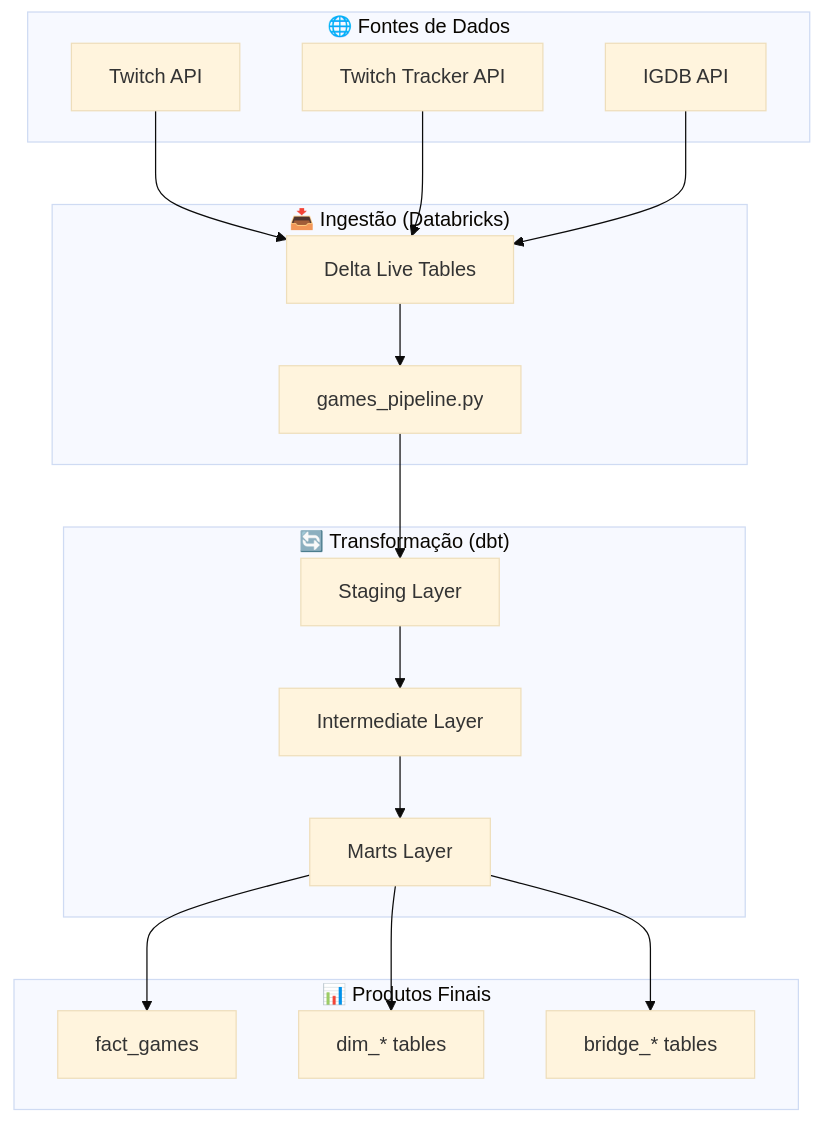
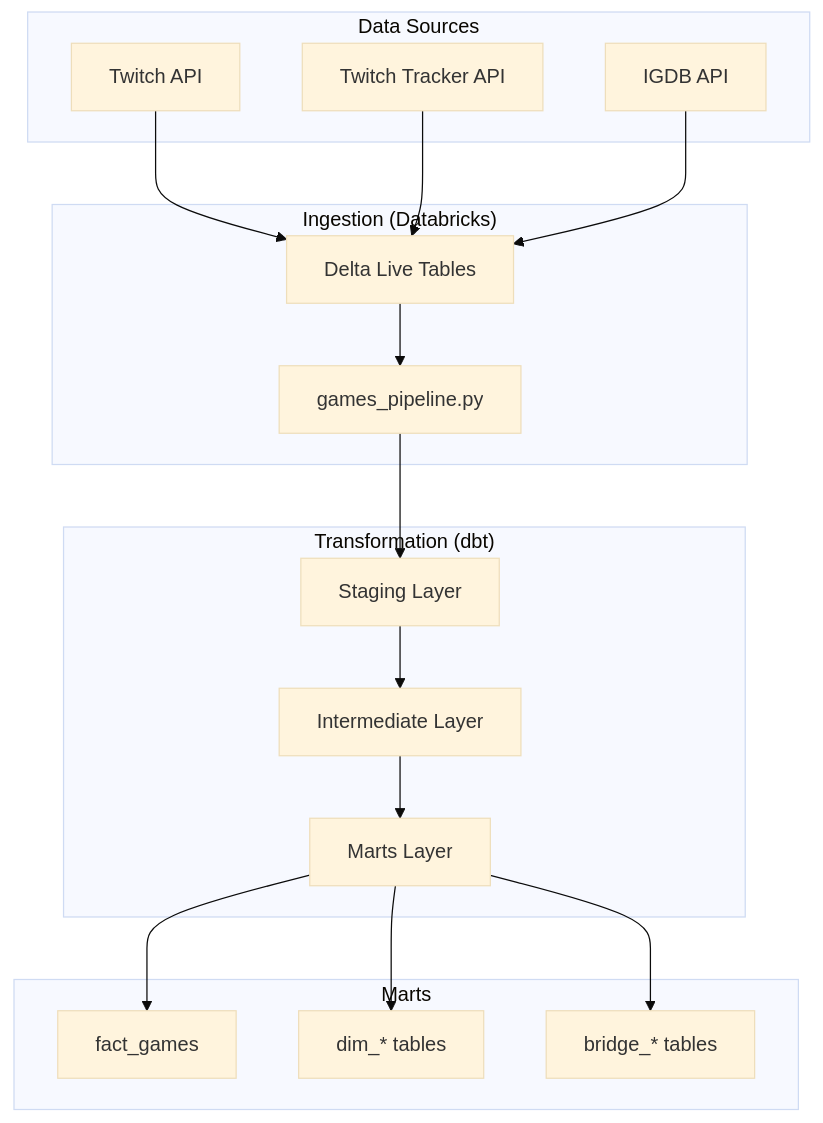
The diagram in README.md (TinyHero13/games-analytics), drawn with Mermaid (base theme) before and after one commit. The commit also changed other lines of this file, not shown here.

````diff
--- a/README.md
+++ b/README.md
@@ -41,36 +24,36 @@
 ```mermaid
 graph TB
-    subgraph "🌐 Fontes de Dados"
+    subgraph "Data Sources"
         A[Twitch API]
         B[Twitch Tracker API]
         C[IGDB API]
     end
     
-    subgraph "📥 Ingestão (Databricks)"
+    subgraph "Ingestion (Databricks)"
         D[Delta Live Tables]
         E[games_pipeline.py]
     end
     
-    subgraph "🔄 Transformação (dbt)"
+    subgraph "Transformation (dbt)"
         F[Staging Layer]
         G[Intermediate Layer]
         H[Marts Layer]
     end
     
-    subgraph "📊 Produtos Finais"
+    subgraph "Marts"
         I[fact_games]
         J[dim_* tables]
         K[bridge_* tables]
     end
     
     A --> D
     B --> D
     C --> D
     D --> E
     E --> F
     F --> G
     G --> H
     H --> I
     H --> J
     H --> K
 ```
````
